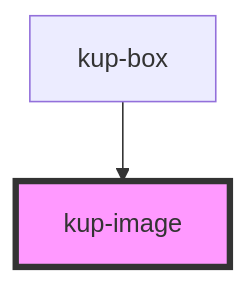
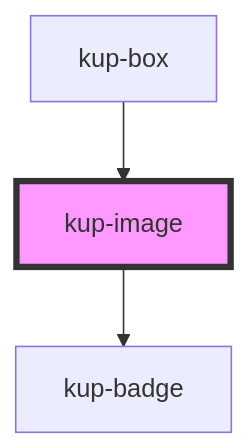
One commit to smeup/ketchup changed the diagram in packages/ketchup/src/components/kup-image/readme.md. Above: the diagram before and after it, drawn with Mermaid. The commit also changed other lines of this file and 20 other files, not shown here.

````diff
--- a/packages/ketchup/src/components/kup-image/readme.md
+++ b/packages/ketchup/src/components/kup-image/readme.md
@@ -34,5 +30,6 @@
 ```mermaid
 graph TD;
+  kup-image --> kup-badge
   kup-box --> kup-image
   style kup-image fill:#f9f,stroke:#333,stroke-width:4px
 ```
````
